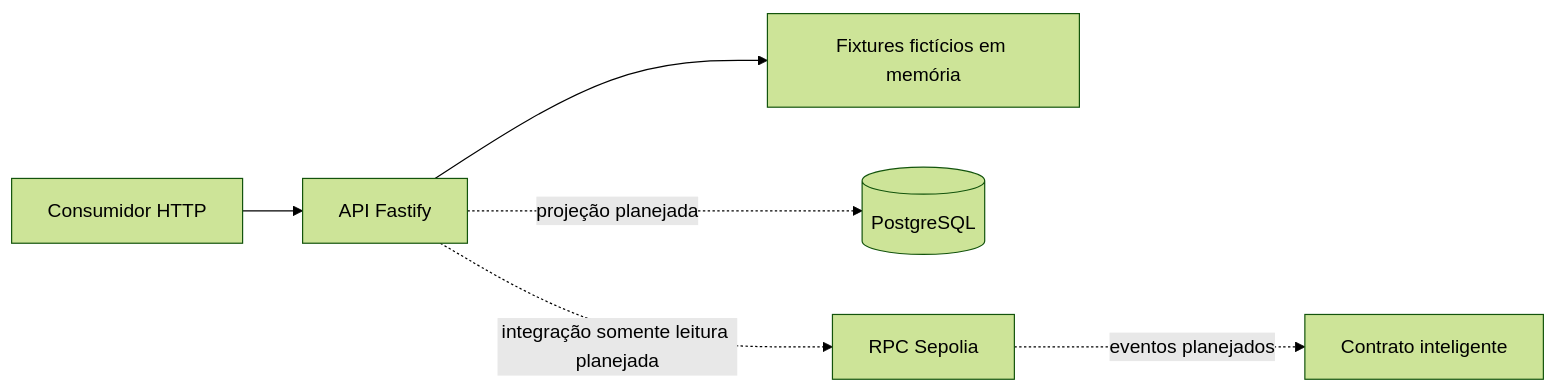
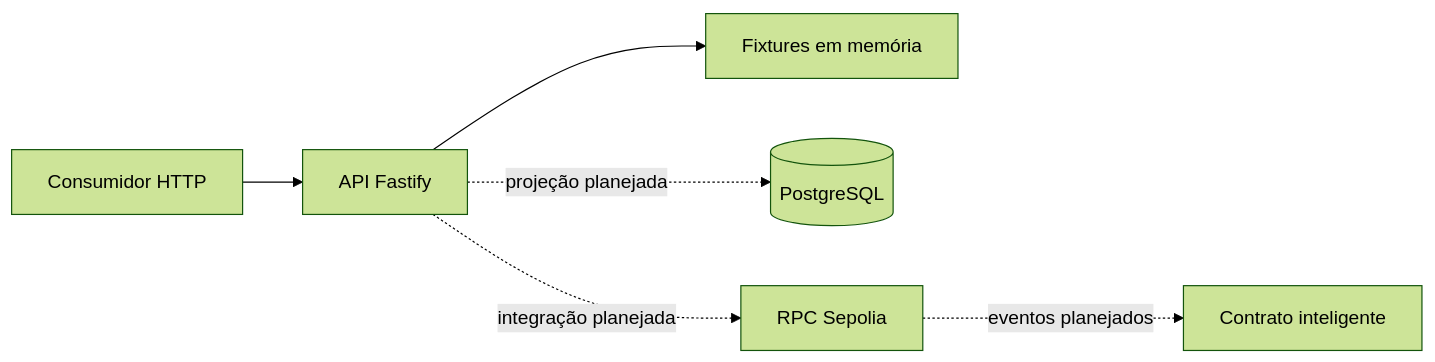
The diagram in backend/README.md (InteliBlockchain-IBC/projeto-banco-inter), drawn with Mermaid (forest theme) before and after one commit. The commit also changed other lines of this file, not shown here.

````diff
--- a/backend/README.md
+++ b/backend/README.md
@@ -58,8 +56,8 @@
 ```mermaid
 flowchart LR
     Consumidor[Consumidor HTTP] --> API[API Fastify]
-    API --> Mock[Fixtures fictícios em memória]
+    API --> Mock[Fixtures em memória]
     API -. projeção planejada .-> Database[(PostgreSQL)]
-    API -. integração somente leitura planejada .-> RPC[RPC Sepolia]
+    API -. integração planejada .-> RPC[RPC Sepolia]
     RPC -. eventos planejados .-> Contract[Contrato inteligente]
 ```
````
